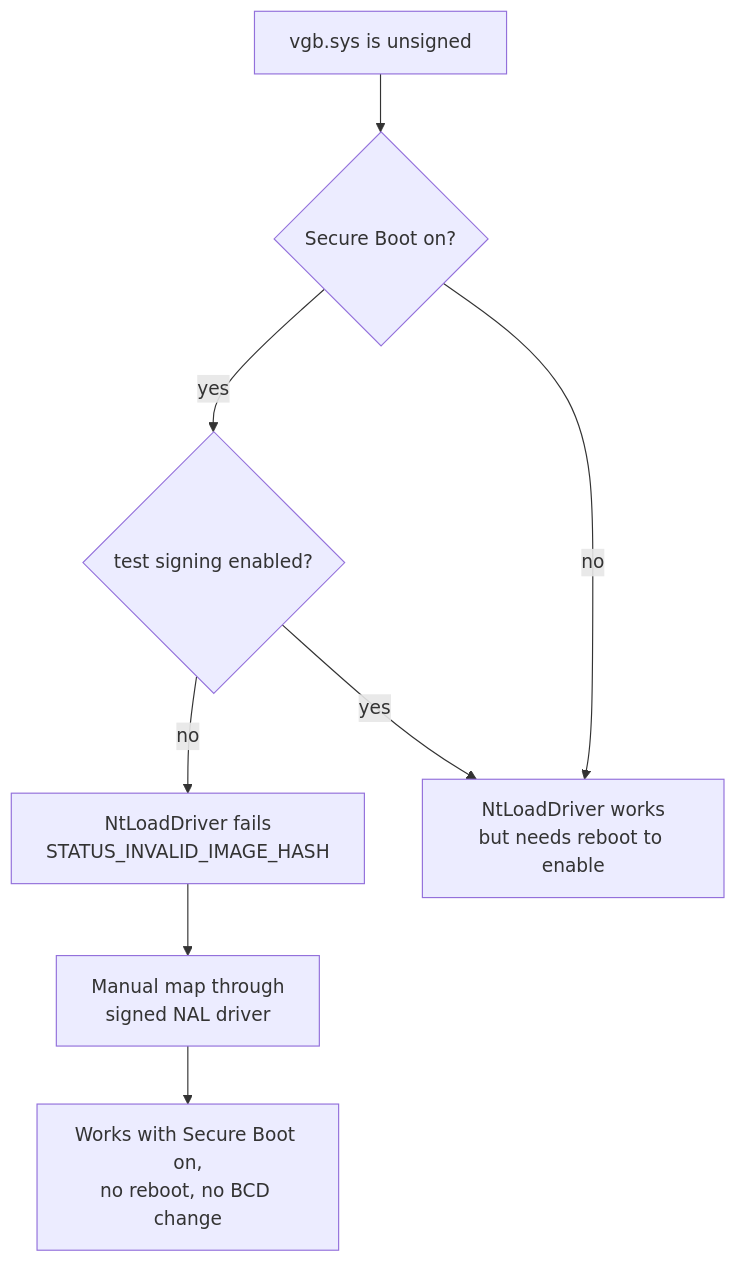
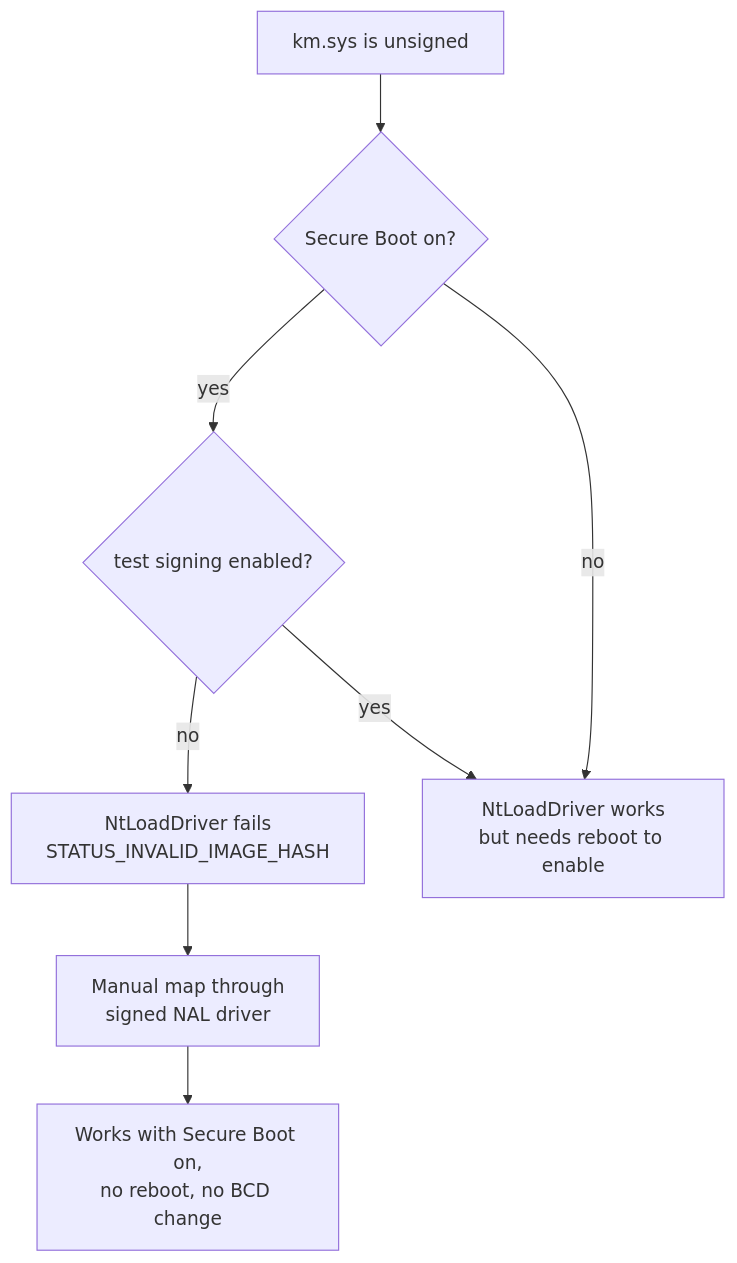
The fifth of 5 diagrams in docs/architecture.md (0xMALVEE/kernmem), drawn with Mermaid before and after one commit. The commit also changed other lines of this file and 919 other files, not shown here.

````diff
--- a/docs/architecture.md
+++ b/docs/architecture.md
@@ -130,10 +130,10 @@
 ```mermaid
 flowchart TD
-    A["vgb.sys is unsigned"] --> B{"Secure Boot on?"}
+    A["km.sys is unsigned"] --> B{"Secure Boot on?"}
     B -->|yes| C{"test signing enabled?"}
     C -->|no| D["NtLoadDriver fails<br/>STATUS_INVALID_IMAGE_HASH"]
     C -->|yes| E["NtLoadDriver works<br/>but needs reboot to enable"]
     B -->|no| E
     D --> F["Manual map through<br/>signed NAL driver"]
     F --> G["Works with Secure Boot on,<br/>no reboot, no BCD change"]
 ```
````
